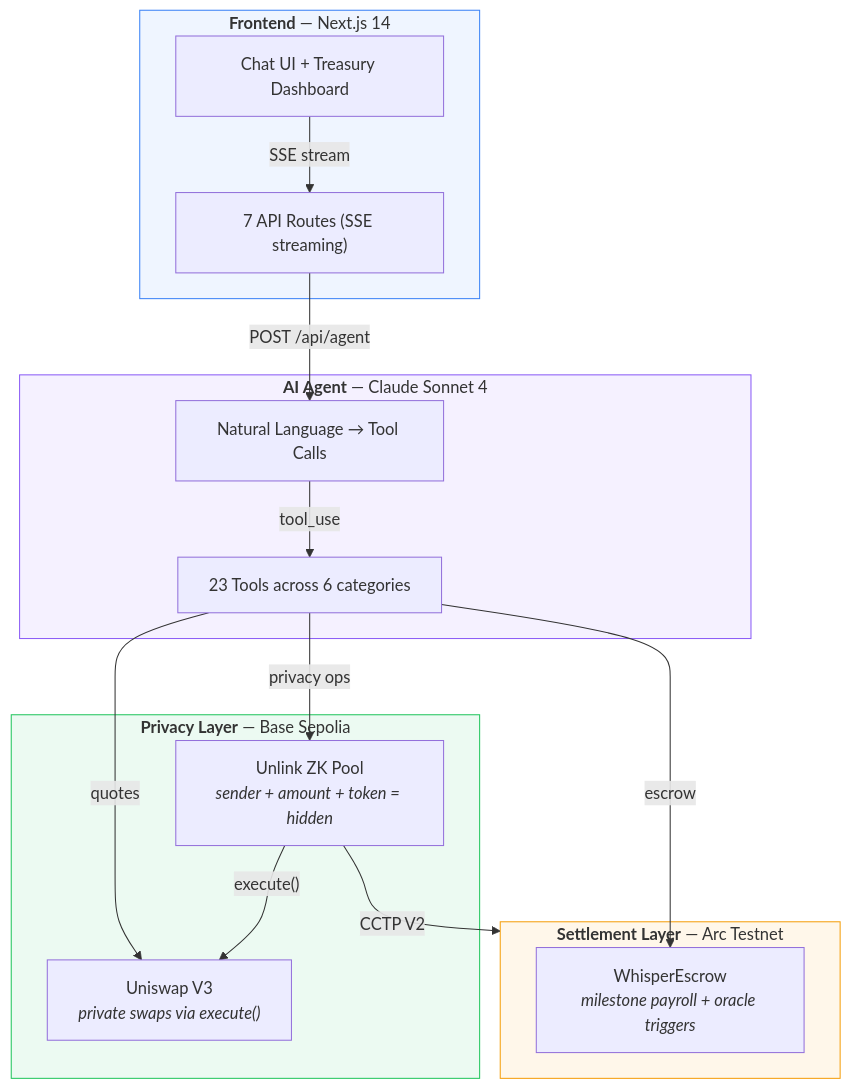
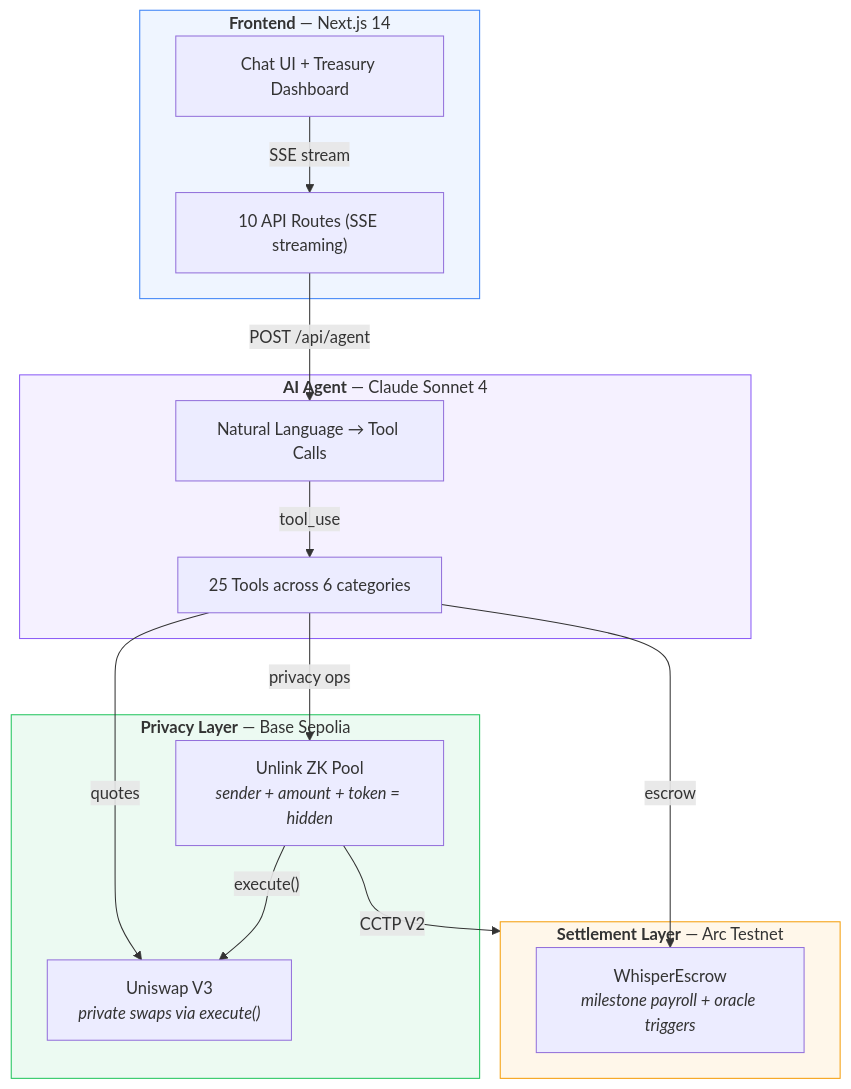
The first of 5 diagrams in docs/architecture.md (0x2kNJ/whisper), drawn with Mermaid before and after one commit. The commit also changed other lines of this file and 3 other files, not shown here.

First line of the commit message:
docs: update README, architecture, agent docs, and demo script

````diff
--- a/docs/architecture.md
+++ b/docs/architecture.md
@@ -11,35 +11,35 @@
 ```mermaid
 graph TB
     subgraph Client["<b>Frontend</b> &mdash; Next.js 14"]
         UI["Chat UI + Treasury Dashboard"]
-        API["7 API Routes (SSE streaming)"]
+        API["10 API Routes (SSE streaming)"]
     end
 
     subgraph Agent["<b>AI Agent</b> &mdash; Claude Sonnet 4"]
         Claude["Natural Language &rarr; Tool Calls"]
-        Tools["23 Tools across 6 categories"]
+        Tools["25 Tools across 6 categories"]
     end
 
     subgraph Privacy["<b>Privacy Layer</b> &mdash; Base Sepolia"]
         Unlink["Unlink ZK Pool<br/><i>sender + amount + token = hidden</i>"]
         Uniswap["Uniswap V3<br/><i>private swaps via execute()</i>"]
     end
 
     subgraph Settlement["<b>Settlement Layer</b> &mdash; Arc Testnet"]
         Escrow["WhisperEscrow<br/><i>milestone payroll + oracle triggers</i>"]
     end
 
     UI -->|"SSE stream"| API
     API -->|"POST /api/agent"| Claude
     Claude -->|"tool_use"| Tools
     Tools -->|"privacy ops"| Unlink
     Tools -->|"quotes"| Uniswap
     Tools -->|"escrow"| Escrow
     Unlink -->|"execute()"| Uniswap
     Unlink -->|"CCTP V2"| Settlement
 
     style Privacy fill:#22c55e15,stroke:#22c55e
     style Settlement fill:#f59e0b15,stroke:#f59e0b
     style Agent fill:#8b5cf615,stroke:#8b5cf6
     style Client fill:#3b82f615,stroke:#3b82f6
 ```
````
